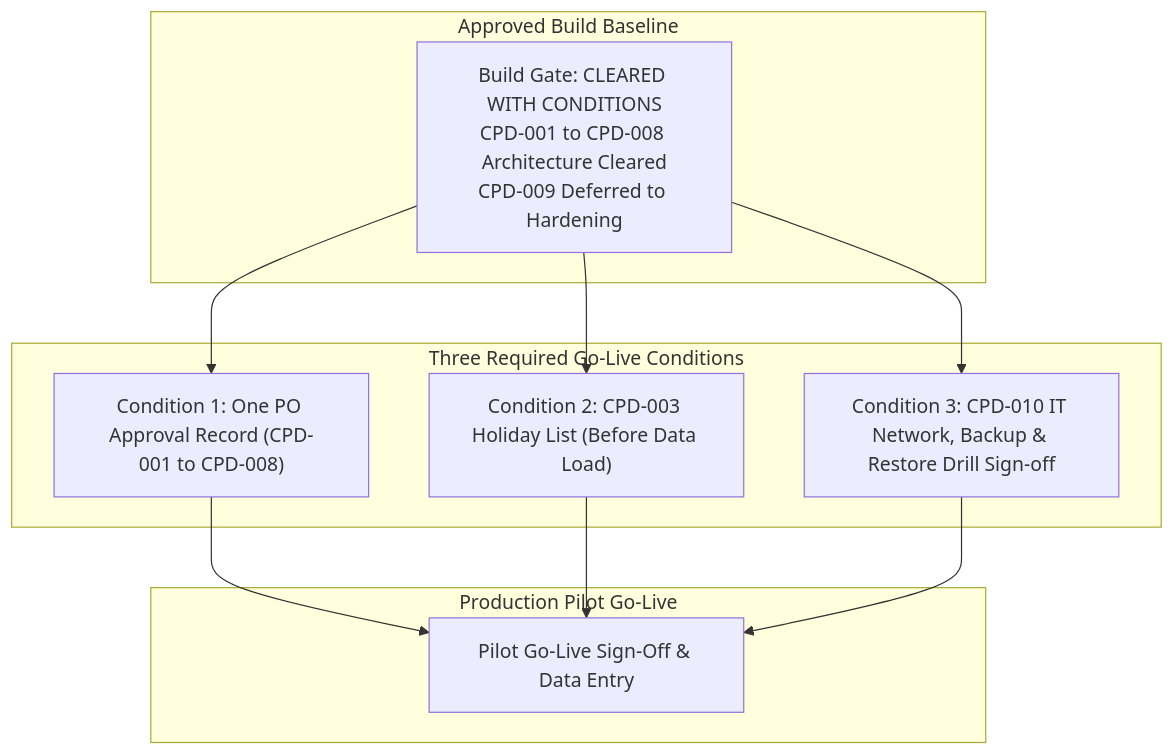
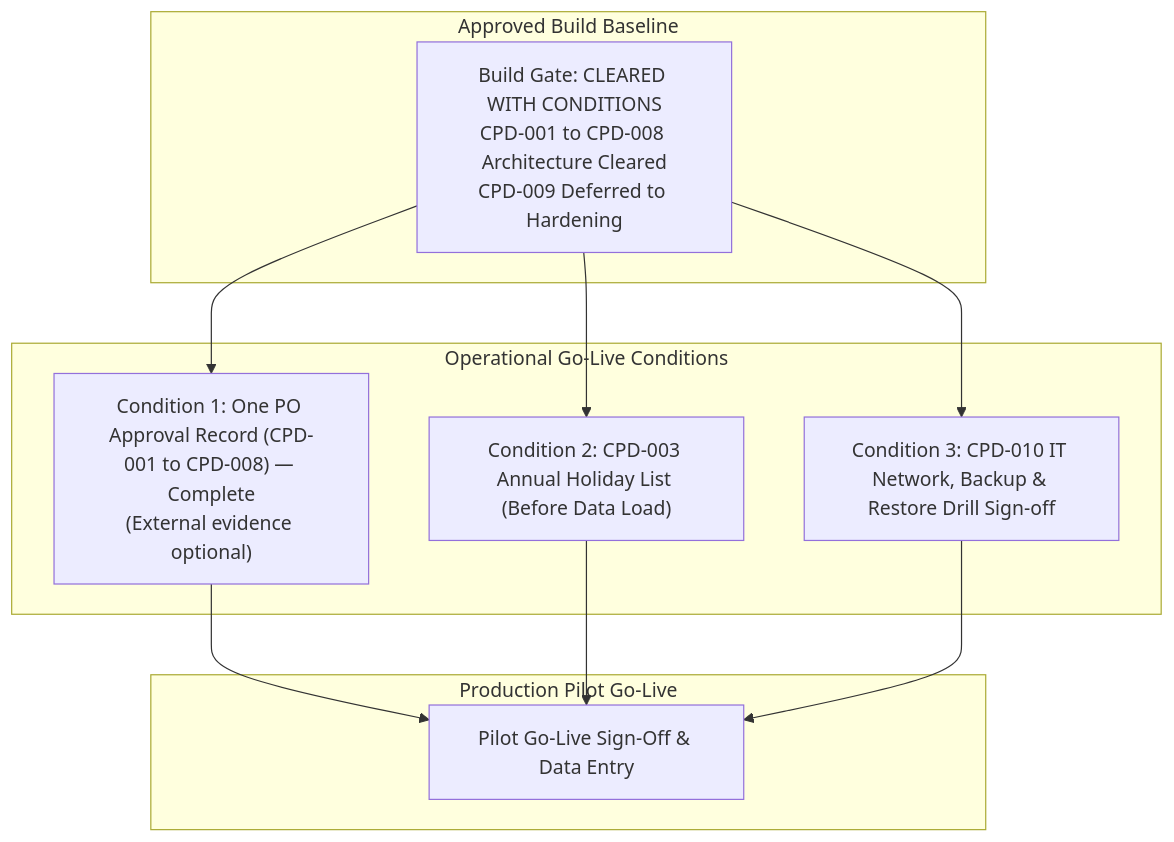
The diagram in docs/GO_LIVE_PREREQUISITES.md (vivekaiworkspace/automotive-project-resource-management), drawn with Mermaid before and after one commit. The commit also changed other lines of this file and 5 other files, not shown here.

Commit message:
docs(gates): clarify evidence and annual holiday calendars

````diff
--- a/docs/GO_LIVE_PREREQUISITES.md
+++ b/docs/GO_LIVE_PREREQUISITES.md
@@ -16,21 +16,21 @@
 ```mermaid
 graph TD
     subgraph Approved_Baseline["Approved Build Baseline"]
         Design["Build Gate: CLEARED WITH CONDITIONS<br/>CPD-001 to CPD-008 Architecture Cleared<br/>CPD-009 Deferred to Hardening"]
     end
 
-    subgraph Go_Live_Gates["Three Required Go-Live Conditions"]
-        G1["Condition 1: One PO Approval Record (CPD-001 to CPD-008)"]
-        G2["Condition 2: CPD-003 Holiday List (Before Data Load)"]
+    subgraph Go_Live_Gates["Operational Go-Live Conditions"]
+        G1["Condition 1: One PO Approval Record (CPD-001 to CPD-008) — Complete<br/>(External evidence optional)"]
+        G2["Condition 2: CPD-003 Annual Holiday List (Before Data Load)"]
         G3["Condition 3: CPD-010 IT Network, Backup & Restore Drill Sign-off"]
     end
 
     subgraph Production_Go_Live["Production Pilot Go-Live"]
         Live["Pilot Go-Live Sign-Off & Data Entry"]
     end
 
     Design --> G1
     Design --> G2
     Design --> G3
     G1 & G2 & G3 --> Live
 ```
````
